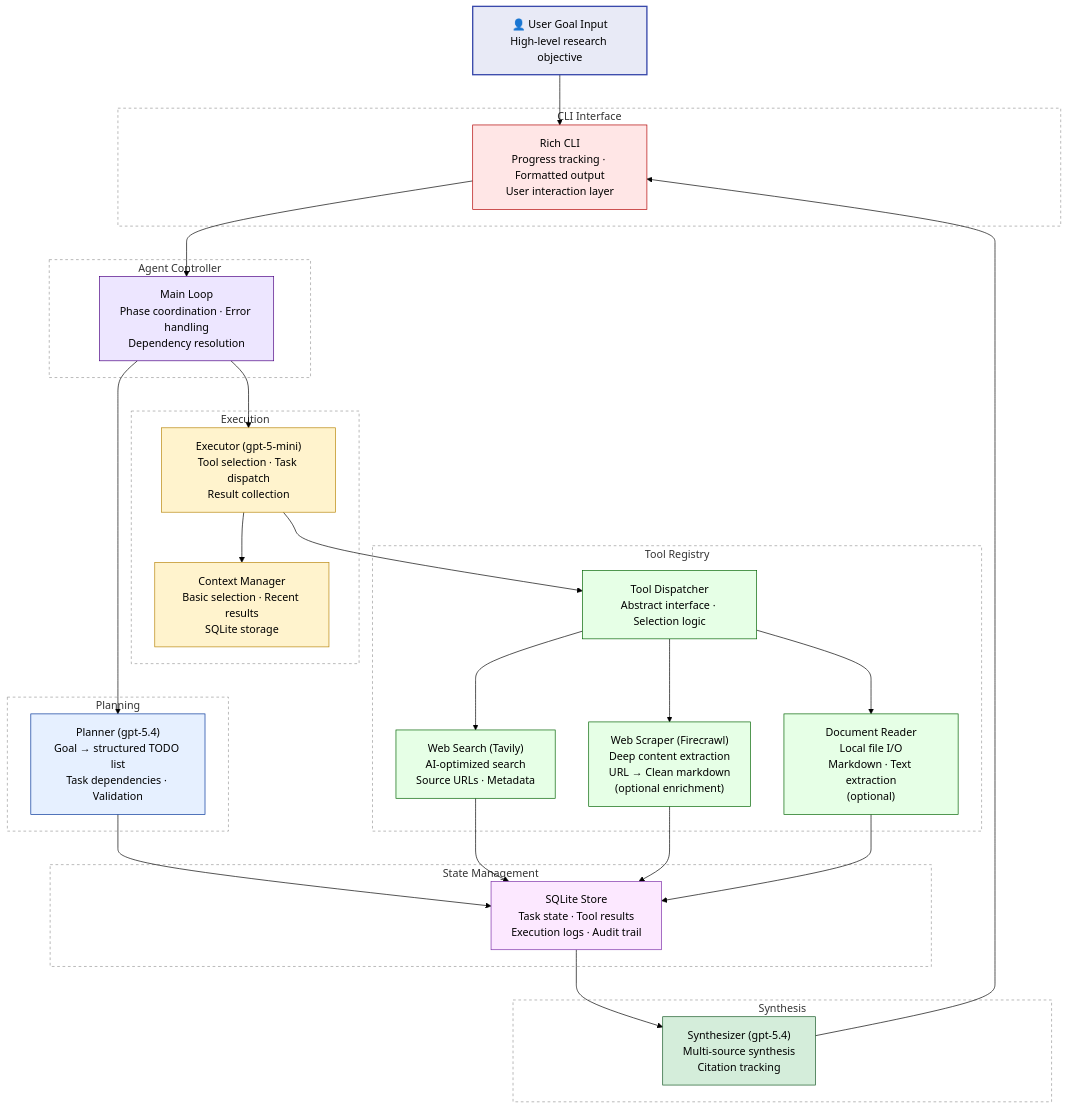
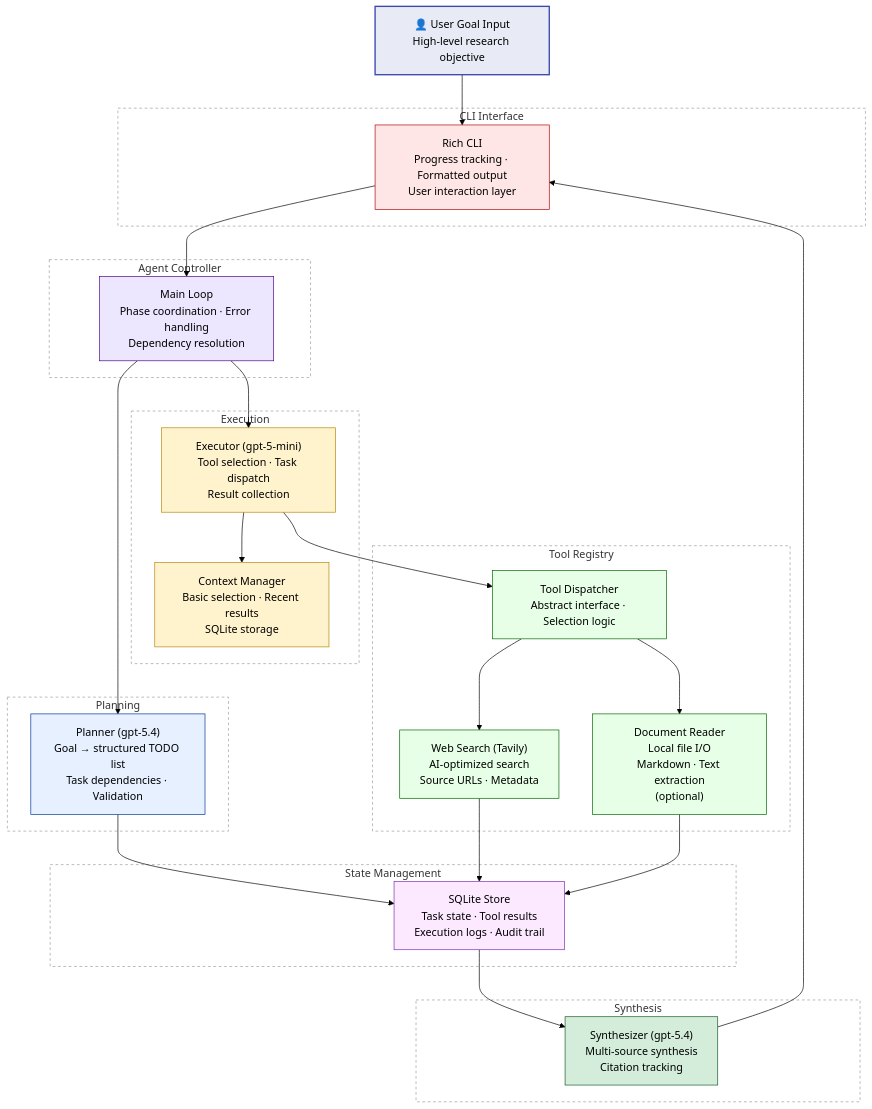
The diagram in IMPLEMENTATION_PLAN.md (tinnlo/wolters_kluwer_case), drawn with Mermaid (forest theme) before and after one commit. The commit also changed other lines of this file and 12 other files, not shown here.

````diff
--- a/IMPLEMENTATION_PLAN.md
+++ b/IMPLEMENTATION_PLAN.md
@@ -136,78 +131,75 @@
 ```mermaid
 graph TD
     USER["👤 User Goal Input<br>High-level research objective"]
 
     subgraph INTERFACE["CLI Interface"]
         CLI["Rich CLI<br>Progress tracking · Formatted output<br>User interaction layer"]
     end
 
     subgraph ORCHESTRATION["Agent Controller"]
         CTRL["Main Loop<br>Phase coordination · Error handling<br>Dependency resolution"]
     end
 
     subgraph PLANNING["Planning"]
         PLAN["Planner (gpt-5.4)<br>Goal → structured TODO list<br>Task dependencies · Validation"]
     end
 
     subgraph EXECUTION["Execution"]
         EXEC["Executor (gpt-5-mini)<br>Tool selection · Task dispatch<br>Result collection"]
         CTX["Context Manager<br>Basic selection · Recent results<br>SQLite storage"]
     end
 
     subgraph TOOLS["Tool Registry"]
         REG["Tool Dispatcher<br>Abstract interface · Selection logic"]
         SEARCH["Web Search (Tavily)<br>AI-optimized search<br>Source URLs · Metadata"]
-        SCRAPE["Web Scraper (Firecrawl)<br>Deep content extraction<br>URL → Clean markdown<br>(optional enrichment)"]
         DOC["Document Reader<br>Local file I/O<br>Markdown · Text extraction<br>(optional)"]
     end
 
     subgraph SYNTHESIS["Synthesis"]
         SYNTH["Synthesizer (gpt-5.4)<br>Multi-source synthesis<br>Citation tracking"]
     end
 
     subgraph STATE["State Management"]
         DB["SQLite Store<br>Task state · Tool results<br>Execution logs · Audit trail"]
     end
 
     USER --> CLI
     CLI --> CTRL
     CTRL --> PLAN
     PLAN --> DB
     CTRL --> EXEC
     EXEC --> CTX
     EXEC --> REG
     REG --> SEARCH
-    REG --> SCRAPE
     REG --> DOC
     SEARCH --> DB
-    SCRAPE --> DB
     DOC --> DB
     DB --> SYNTH
     SYNTH --> CLI
 
     classDef usernode fill:#e8eaf6,stroke:#3949ab,stroke-width:2px
     classDef interface fill:#ffe6e6,stroke:#b30000,stroke-width:1px
     classDef orchestration fill:#ede6ff,stroke:#4b0082,stroke-width:1px
     classDef planning fill:#e6f0ff,stroke:#003399,stroke-width:1px
     classDef execution fill:#fff3cd,stroke:#b8860b,stroke-width:1px
     classDef tools fill:#e6ffe6,stroke:#006400,stroke-width:1px
     classDef synthesis fill:#d4edda,stroke:#155724,stroke-width:1px
     classDef state fill:#fce8ff,stroke:#7b2fa8,stroke-width:1px
 
     class USER usernode
     class CLI interface
     class CTRL orchestration
     class PLAN planning
     class EXEC,CTX execution
-    class REG,SEARCH,SCRAPE,DOC tools
+    class REG,SEARCH,DOC tools
     class SYNTH synthesis
     class DB state
 
     style INTERFACE fill:transparent,stroke:#999,stroke-width:1px,stroke-dasharray:4 4
     style ORCHESTRATION fill:transparent,stroke:#999,stroke-width:1px,stroke-dasharray:4 4
     style PLANNING fill:transparent,stroke:#999,stroke-width:1px,stroke-dasharray:4 4
     style EXECUTION fill:transparent,stroke:#999,stroke-width:1px,stroke-dasharray:4 4
     style TOOLS fill:transparent,stroke:#999,stroke-width:1px,stroke-dasharray:4 4
     style SYNTHESIS fill:transparent,stroke:#999,stroke-width:1px,stroke-dasharray:4 4
     style STATE fill:transparent,stroke:#999,stroke-width:1px,stroke-dasharray:4 4
 ```
````
